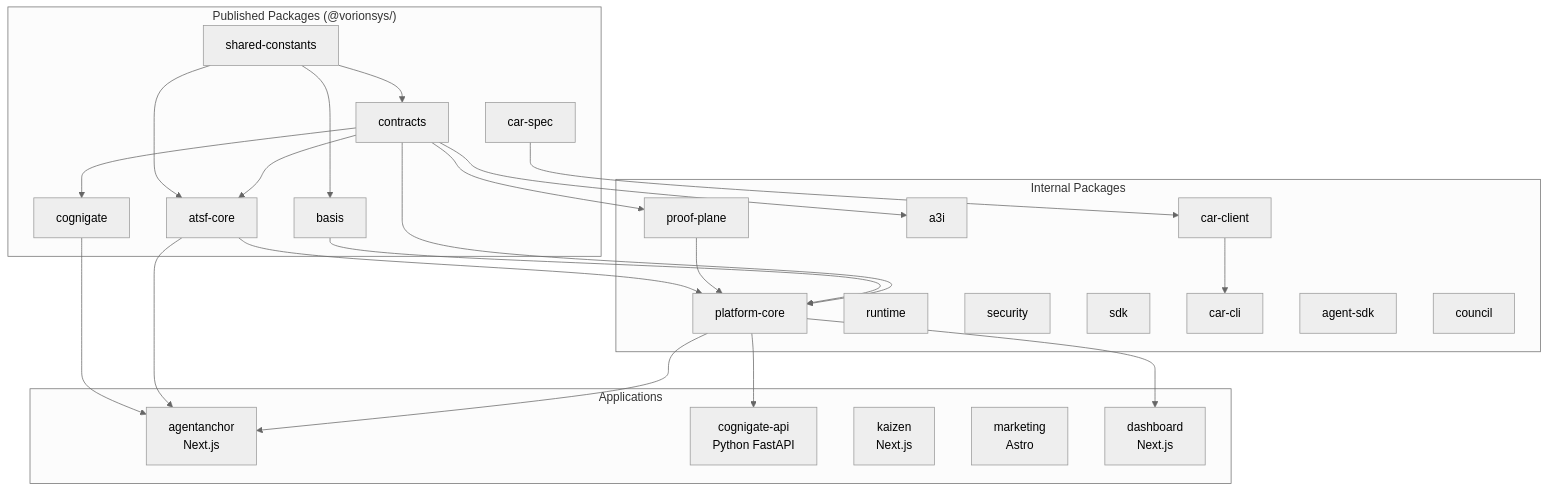
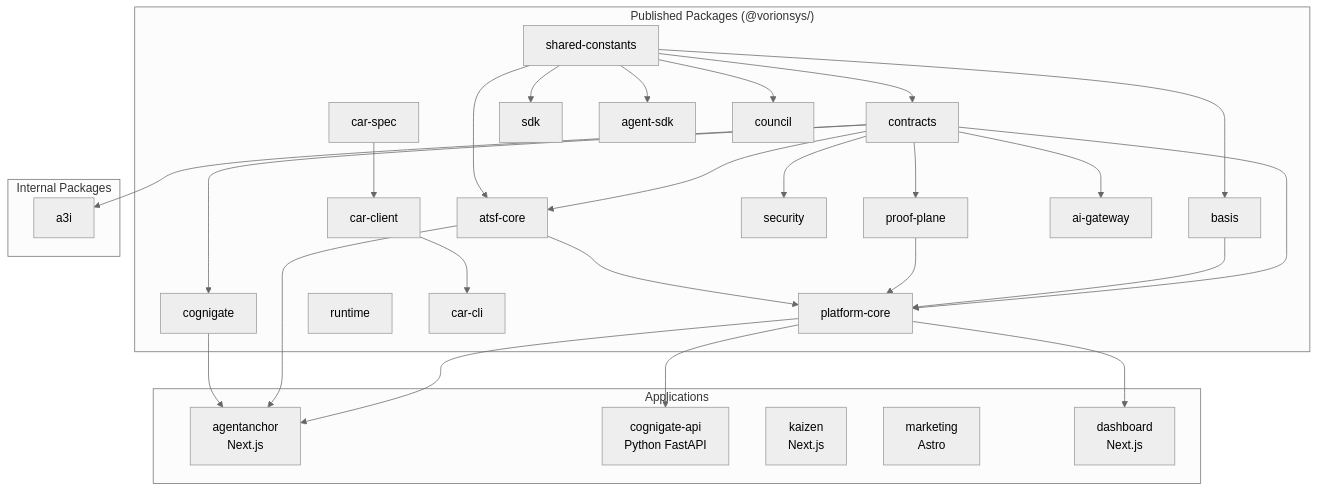
Before and after one commit to vorionsys/vorion: the second of 2 diagrams in README.md, drawn with Mermaid (neutral theme). The commit also changed other lines of this file, not shown here.

Commit message:
docs: expand badge row, install section, ecosystem table, fix mermaid graph to show all published packages

````diff
--- a/README.md
+++ b/README.md
@@ -96,51 +122,57 @@
 ```mermaid
 graph TD
     subgraph "Published Packages (@vorionsys/)"
         SC[shared-constants]
         CT[contracts]
         BS[basis]
         AC[atsf-core]
         CG[cognigate]
         CS[car-spec]
-    end
-
-    subgraph "Internal Packages"
+        PP[proof-plane]
         PC[platform-core]
-        PP[proof-plane]
-        A3[a3i]
         RT[runtime]
         SE[security]
         SDK[sdk]
         CC[car-client]
         CLI[car-cli]
         AS[agent-sdk]
         CO[council]
+        AG[ai-gateway]
+    end
+
+    subgraph "Internal Packages"
+        A3[a3i]
     end
 
     subgraph "Applications"
         AA[agentanchor<br/>Next.js]
         CGA[cognigate-api<br/>Python FastAPI]
         KZ[kaizen<br/>Next.js]
         MK[marketing<br/>Astro]
         DB[dashboard<br/>Next.js]
     end
 
     SC --> CT
     CT --> PC
     CT --> PP
     CT --> AC
     CT --> A3
     CT --> CG
+    CT --> AG
+    CT --> SE
     SC --> AC
     SC --> BS
+    SC --> CO
+    SC --> SDK
+    SC --> AS
     BS --> PC
     PP --> PC
     AC --> PC
     CS --> CC
     CC --> CLI
     PC --> AA
     AC --> AA
     CG --> AA
     PC --> CGA
     PC --> DB
 ```
````
